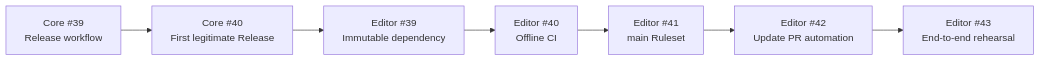
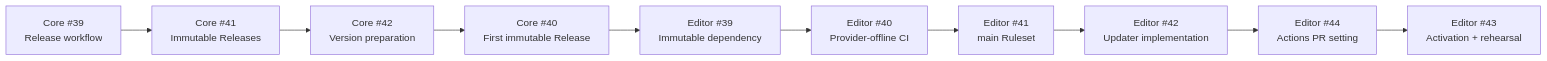
Before and after one commit to lanmogu98/editor-assistant: the diagram in docs/superpowers/specs/2026-07-23-cross-repo-release-reliability-design.md, drawn with Mermaid. The commit also changed other lines of this file, not shown here.

Commit message:
docs: audit cross-repo release project

````diff
--- a/docs/superpowers/specs/2026-07-23-cross-repo-release-reliability-design.md
+++ b/docs/superpowers/specs/2026-07-23-cross-repo-release-reliability-design.md
@@ -70,9 +95,12 @@
 ```mermaid
 flowchart LR
-    C1["Core #39<br/>Release workflow"] --> C2["Core #40<br/>First legitimate Release"]
-    C2 --> E1["Editor #39<br/>Immutable dependency"]
-    E1 --> E2["Editor #40<br/>Offline CI"]
+    C1["Core #39<br/>Release workflow"] --> C2["Core #41<br/>Immutable Releases"]
+    C2 --> C3["Core #42<br/>Version preparation"]
+    C3 --> C4["Core #40<br/>First immutable Release"]
+    C4 --> E1["Editor #39<br/>Immutable dependency"]
+    E1 --> E2["Editor #40<br/>Provider-offline CI"]
     E2 --> E3["Editor #41<br/>main Ruleset"]
-    E3 --> E4["Editor #42<br/>Update PR automation"]
-    E4 --> E5["Editor #43<br/>End-to-end rehearsal"]
+    E3 --> E4["Editor #42<br/>Updater implementation"]
+    E4 --> E5["Editor #44<br/>Actions PR setting"]
+    E5 --> E6["Editor #43<br/>Activation + rehearsal"]
 ```
````
